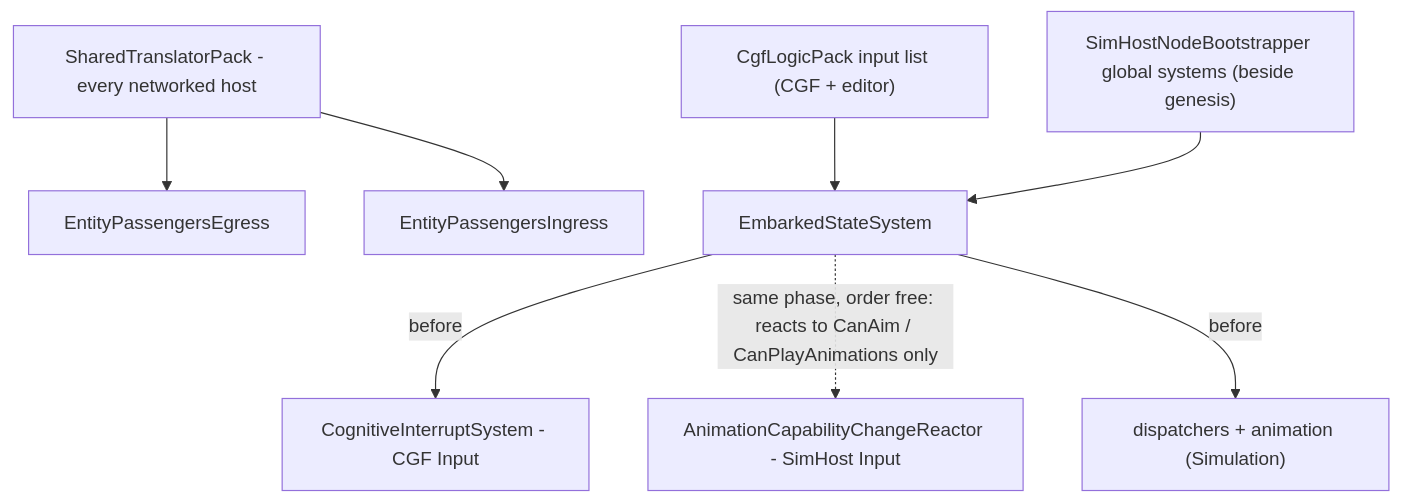
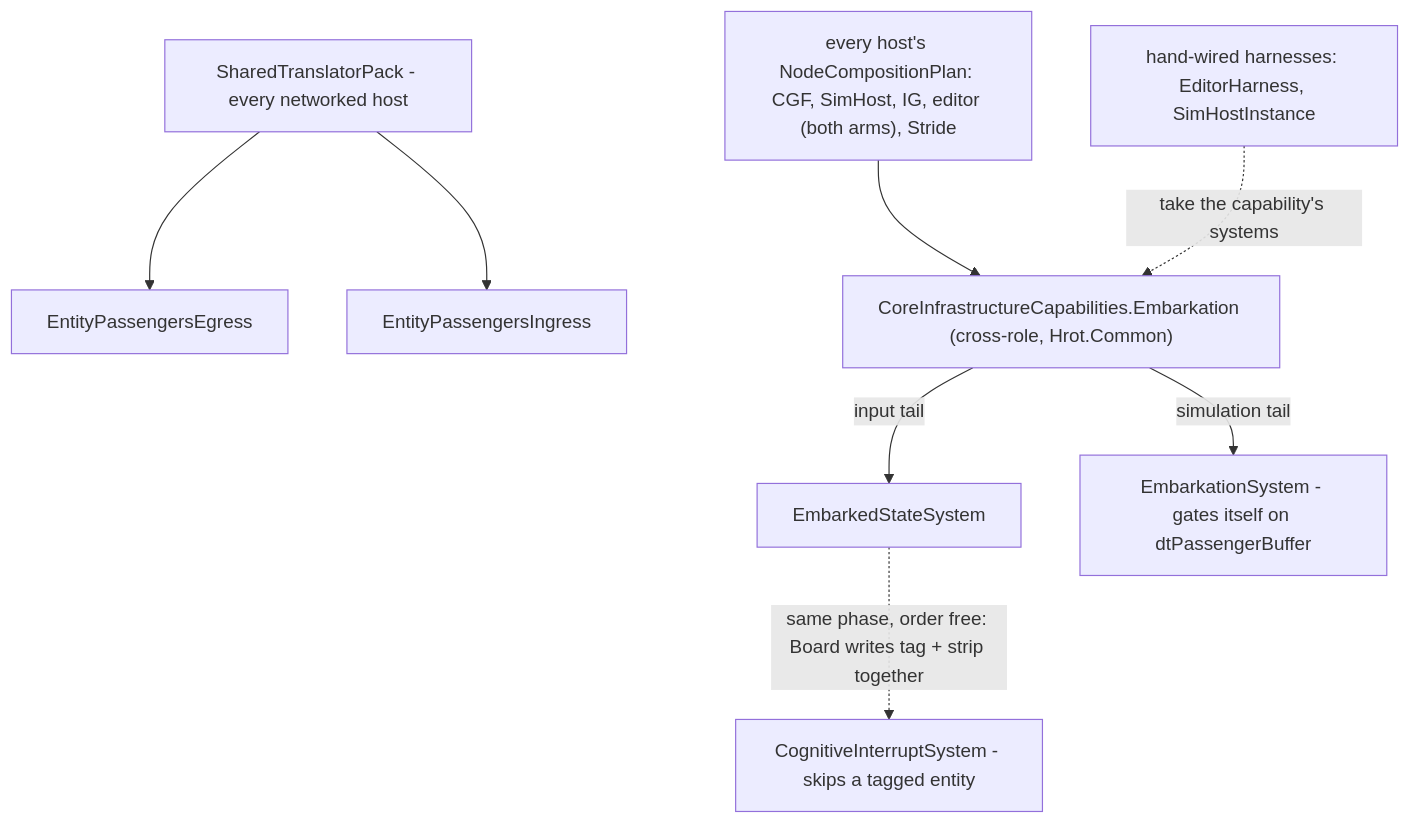
Before and after one commit to pjanec/HROT: the ninth of 10 diagrams in docs/DESIGN_Entity_Interactions.md, drawn with Mermaid. The commit also changed other lines of this file and 17 other files, not shown here.

````diff
--- a/docs/DESIGN_Entity_Interactions.md
+++ b/docs/DESIGN_Entity_Interactions.md
@@ -346,10 +347,10 @@
 ```mermaid
 graph TD
   SP[SharedTranslatorPack - every networked host] --> EG[EntityPassengersEgress]
   SP --> IN[EntityPassengersIngress]
-  CLP["CgfLogicPack input list (CGF + editor)"] --> ES[EmbarkedStateSystem]
-  SNB["SimHostNodeBootstrapper global systems (beside genesis)"] --> ES
-  ES -->|before| CIS[CognitiveInterruptSystem - CGF Input]
-  ES -.->|"same phase, order free: reacts to CanAim / CanPlayAnimations only"| ACR[AnimationCapabilityChangeReactor - SimHost Input]
-  ES -->|before| DISP["dispatchers + animation (Simulation)"]
+  PLAN["every host's NodeCompositionPlan: CGF, SimHost, IG, editor (both arms), Stride"] --> CAP["CoreInfrastructureCapabilities.Embarkation (cross-role, Hrot.Common)"]
+  CAP -->|"input tail"| ES[EmbarkedStateSystem]
+  CAP -->|"simulation tail"| EA[EmbarkationSystem - gates itself on dtPassengerBuffer]
+  ES -.->|"same phase, order free: Board writes tag + strip together"| CIS[CognitiveInterruptSystem - skips a tagged entity]
+  HAR["hand-wired harnesses: EditorHarness, SimHostInstance"] -.->|"take the capability's systems"| CAP
 ```
````
